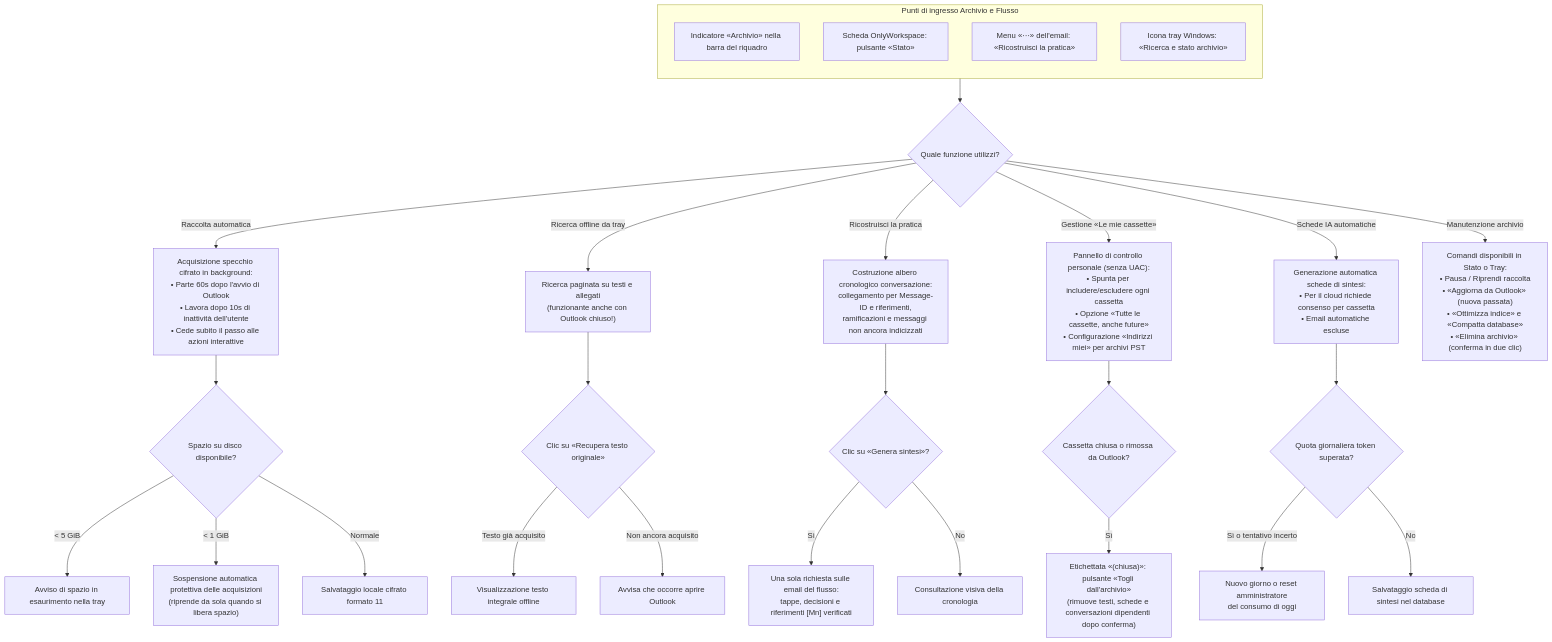
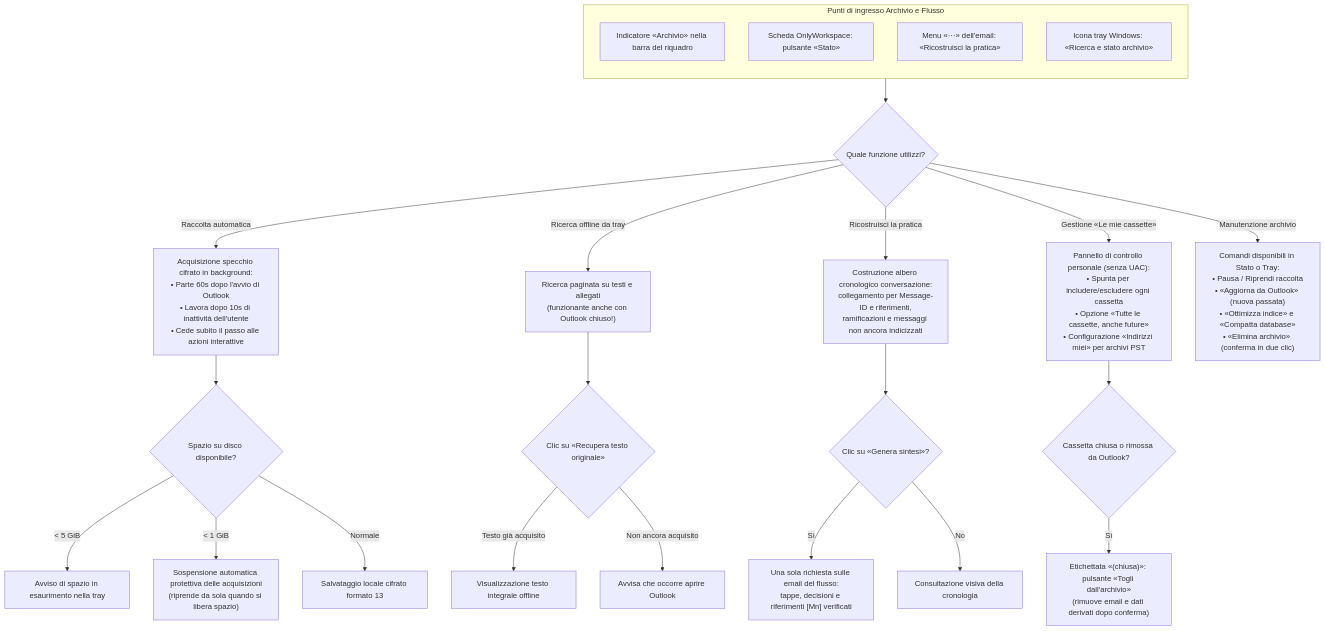
One commit to dennidalpos/OnlyWorkspace changed the fifth of 6 diagrams in docs/utente/guida-visiva.md. Above: the diagram before and after it, drawn with Mermaid. The commit also changed other lines of this file and 12 other files, not shown here.

````diff
--- a/docs/utente/guida-visiva.md
+++ b/docs/utente/guida-visiva.md
@@ -256,39 +258,34 @@
 ```mermaid
 flowchart TD
     subgraph INGRESSO_ARCH["Punti di ingresso Archivio e Flusso"]
         direction TB
         AR1["Indicatore «Archivio» nella barra del riquadro"]
         AR2["Scheda OnlyWorkspace: pulsante «Stato»"]
         AR3["Menu «⋯» dell'email: «Ricostruisci la pratica»"]
         AR4["Icona tray Windows: «Ricerca e stato archivio»"]
     end
 
     INGRESSO_ARCH --> SCELTA_ARCH{"Quale funzione utilizzi?"}
 
     SCELTA_ARCH -->|"Raccolta automatica"| BK_RACCOLTA["Acquisizione specchio cifrato in background:<br/>• Parte 60s dopo l'avvio di Outlook<br/>• Lavora dopo 10s di inattività dell'utente<br/>• Cede subito il passo alle azioni interattive"]
     BK_RACCOLTA --> CHECK_DISCO{"Spazio su disco disponibile?"}
     CHECK_DISCO -->|"< 5 GiB"| WARN_DISCO["Avviso di spazio in esaurimento nella tray"]
     CHECK_DISCO -->|"< 1 GiB"| SUSP_DISCO["Sospensione automatica protettiva delle acquisizioni<br/>(riprende da sola quando si libera spazio)"]
-    CHECK_DISCO -->|"Normale"| SALVA_DB["Salvataggio locale cifrato formato 11"]
+    CHECK_DISCO -->|"Normale"| SALVA_DB["Salvataggio locale cifrato formato 13"]
 
     SCELTA_ARCH -->|"Ricerca offline da tray"| TRAY_SEARCH["Ricerca paginata su testi e allegati<br/>(funzionante anche con Outlook chiuso!)"]
     TRAY_SEARCH --> RECUPERO_ORIG{"Clic su «Recupera testo originale»"}
     RECUPERO_ORIG -->|"Testo già acquisito"| VIEW_OFFLINE["Visualizzazione testo integrale offline"]
     RECUPERO_ORIG -->|"Non ancora acquisito"| NEED_OUTLOOK["Avvisa che occorre aprire Outlook"]
 
     SCELTA_ARCH -->|"Ricostruisci la pratica"| FLOW_TREE["Costruzione albero cronologico conversazione:<br/>collegamento per Message-ID e riferimenti,<br/>ramificazioni e messaggi non ancora indicizzati"]
     FLOW_TREE --> BTN_SINT_FLOW{"Clic su «Genera sintesi»?"}
     BTN_SINT_FLOW -->|"Sì"| RUN_SINT_FLOW["Una sola richiesta sulle email del flusso:<br/>tappe, decisioni e riferimenti [Mn] verificati"]
     BTN_SINT_FLOW -->|"No"| VIEW_FLOW["Consultazione visiva della cronologia"]
 
     SCELTA_ARCH -->|"Gestione «Le mie cassette»"| MIE_CASSETTE["Pannello di controllo personale (senza UAC):<br/>• Spunta per includere/escludere ogni cassetta<br/>• Opzione «Tutte le cassette, anche future»<br/>• Configurazione «Indirizzi miei» per archivi PST"]
     MIE_CASSETTE --> GEST_CHIUSE{"Cassetta chiusa o rimossa da Outlook?"}
-    GEST_CHIUSE -->|"Sì"| BTN_DEL_BOX["Etichettata «(chiusa)»: pulsante «Togli dall'archivio»<br/>(rimuove testi, schede e conversazioni dipendenti dopo conferma)"]
-
-    SCELTA_ARCH -->|"Schede IA automatiche"| SCHEDE_AUTO["Generazione automatica schede di sintesi:<br/>• Per il cloud richiede consenso per cassetta<br/>• Email automatiche escluse"]
-    SCHEDE_AUTO --> CHECK_QUOTA{"Quota giornaliera token superata?"}
-    CHECK_QUOTA -->|"Sì o tentativo incerto"| SUSP_SCHEDE["Nuovo giorno o reset amministratore<br/>del consumo di oggi"]
-    CHECK_QUOTA -->|"No"| COMMIT_SCHEDA["Salvataggio scheda di sintesi nel database"]
+    GEST_CHIUSE -->|"Sì"| BTN_DEL_BOX["Etichettata «(chiusa)»: pulsante «Togli dall'archivio»<br/>(rimuove email e dati derivati dopo conferma)"]
 
     SCELTA_ARCH -->|"Manutenzione archivio"| MANUTENZIONE["Comandi disponibili in Stato o Tray:<br/>• Pausa / Riprendi raccolta<br/>• «Aggiorna da Outlook» (nuova passata)<br/>• «Ottimizza indice» e «Compatta database»<br/>• «Elimina archivio» (conferma in due clic)"]
 ```
````
